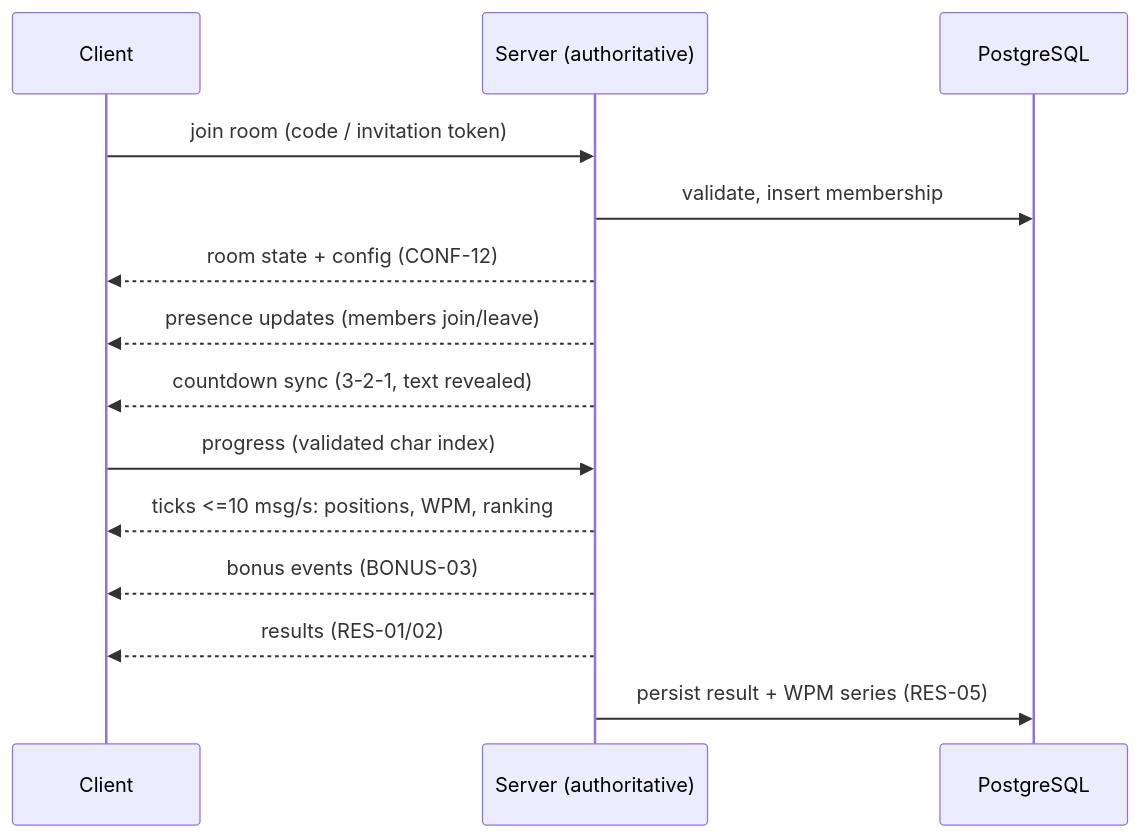
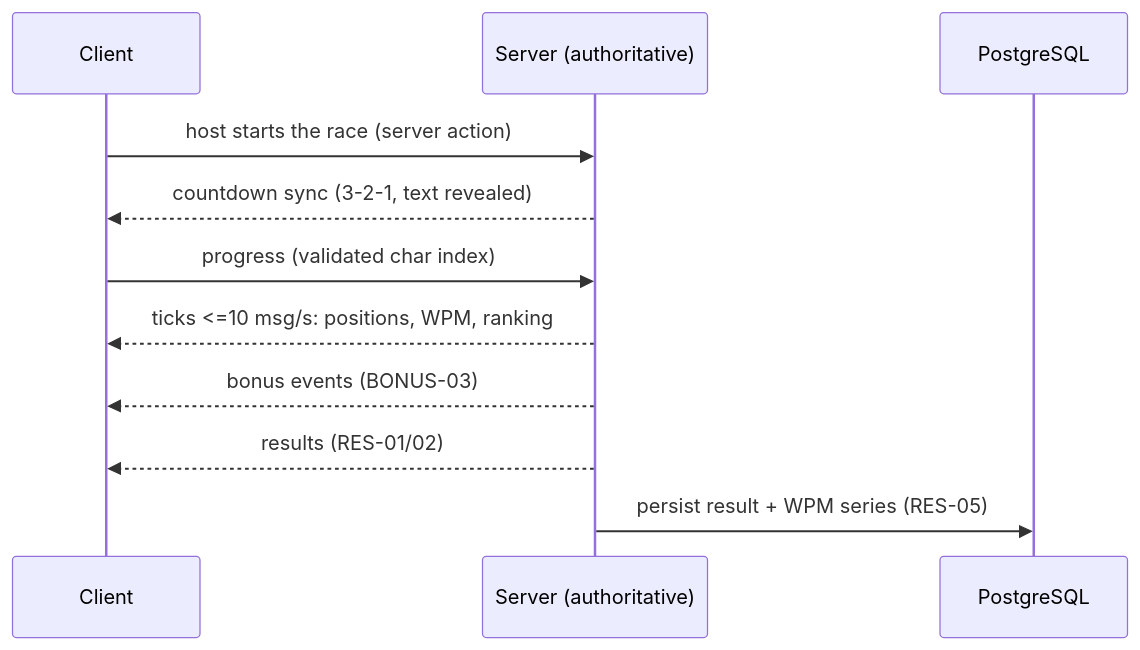
The fourth of 4 diagrams in doc/ARCHITECTURE.md (Extrajulien/dwarven-scriptures), drawn with Mermaid before and after one commit. The commit also changed other lines of this file and 1 other file, not shown here.

````diff
--- a/doc/ARCHITECTURE.md
+++ b/doc/ARCHITECTURE.md
@@ -391,16 +460,13 @@
 ```mermaid
 sequenceDiagram
     participant C as Client
     participant S as Server (authoritative)
     participant DB as PostgreSQL
-    C->>S: join room (code / invitation token)
-    S->>DB: validate, insert membership
-    S-->>C: room state + config (CONF-12)
-    S-->>C: presence updates (members join/leave)
+    C->>S: host starts the race (server action)
     S-->>C: countdown sync (3-2-1, text revealed)
     C->>S: progress (validated char index)
     S-->>C: ticks <=10 msg/s: positions, WPM, ranking
     S-->>C: bonus events (BONUS-03)
     S-->>C: results (RES-01/02)
     S->>DB: persist result + WPM series (RES-05)
 ```
````
